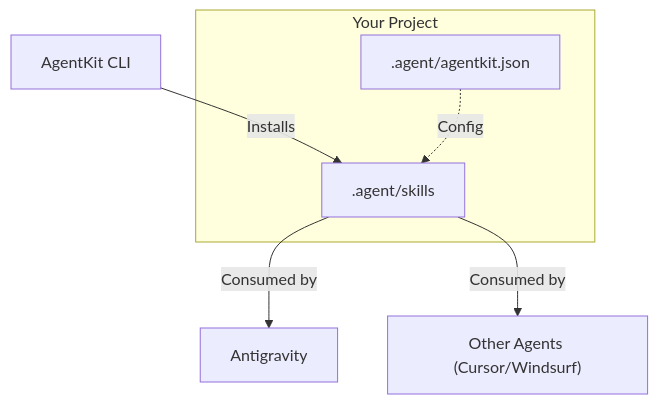
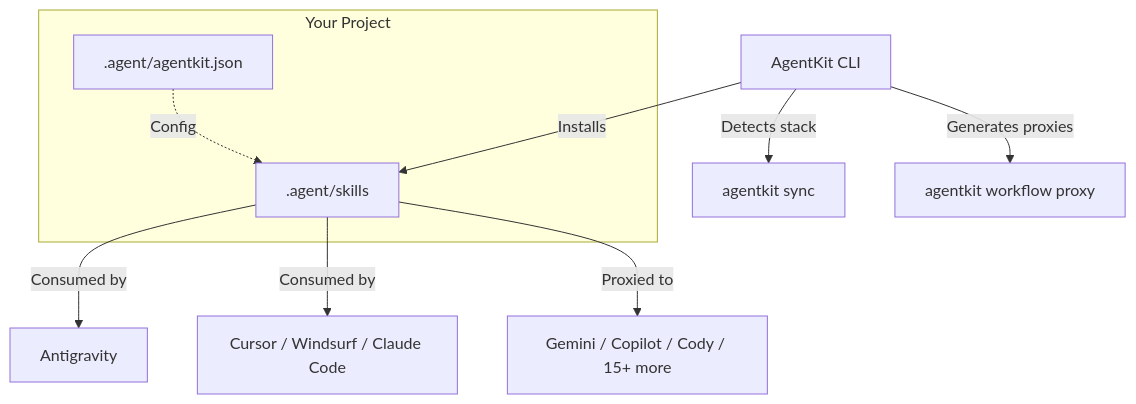
The diagram in README.md (digimetalab/agentkit), drawn with Mermaid before and after one commit. The commit also changed other lines of this file, not shown here.

Commit message:
docs: update README with accurate project statistics and new Meta-Bundle architecture

````diff
--- a/README.md
+++ b/README.md
@@ -77,11 +80,15 @@
 ```mermaid
 graph TD
     A[AgentKit CLI] -->|Installs| B[.agent/skills]
+    A -->|Detects stack| F[agentkit sync]
+    A -->|Generates proxies| G[agentkit workflow proxy]
+    
     B -->|Consumed by| C[Antigravity]
-    B -->|Consumed by| D["Other Agents (Cursor/Windsurf)"]
+    B -->|Consumed by| D[Cursor / Windsurf / Claude Code]
+    B -->|Proxied to| E[Gemini / Copilot / Cody / 15+ more]
     
     subgraph "Your Project"
     B
-    E[.agent/agentkit.json] -.->|Config| B
+    H[.agent/agentkit.json] -.->|Config| B
     end
 ```
````
